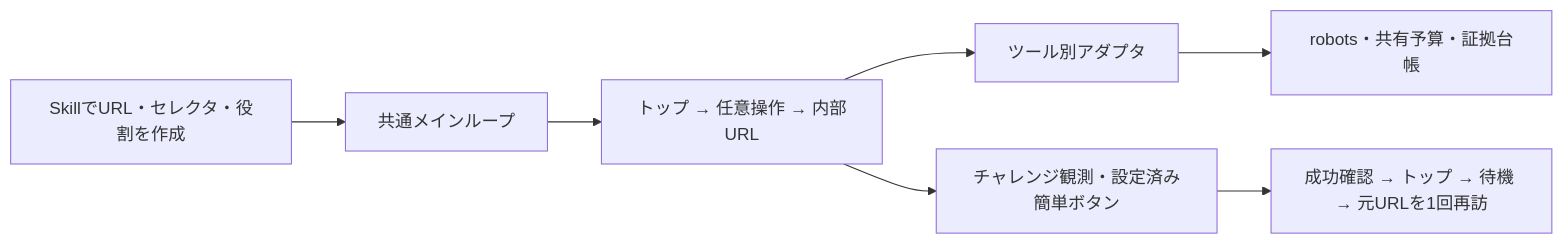
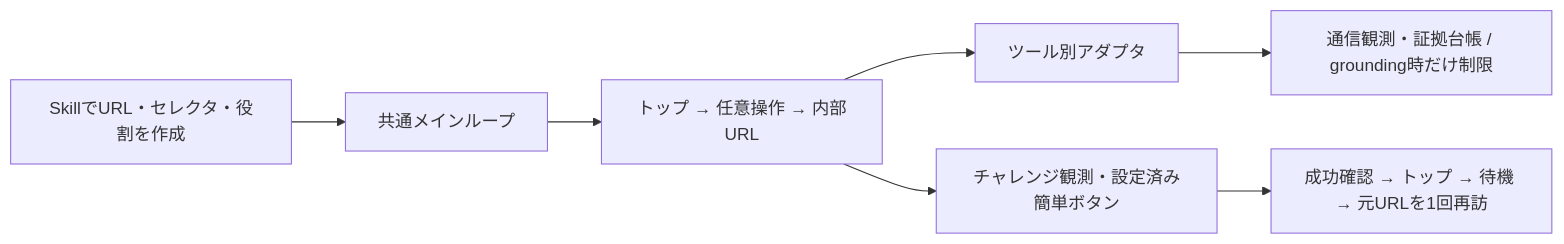
Before and after one commit to cushionA/Searching_Experiment: the diagram in experiments/bot-diagnostics/README.md, drawn with Mermaid. The commit also changed other lines of this file and 158 other files, not shown here.

````diff
--- a/experiments/bot-diagnostics/README.md
+++ b/experiments/bot-diagnostics/README.md
@@ -23,9 +25,9 @@
 ```mermaid
 flowchart LR
   S[SkillでURL・セレクタ・役割を作成] --> M[共通メインループ]
   M --> R[トップ → 任意操作 → 内部URL]
   R --> A[ツール別アダプタ]
-  A --> E[robots・共有予算・証拠台帳]
+  A --> E[通信観測・証拠台帳 / grounding時だけ制限]
   R --> C[チャレンジ観測・設定済み簡単ボタン]
   C --> H[成功確認 → トップ → 待機 → 元URLを1回再訪]
 ```
````
